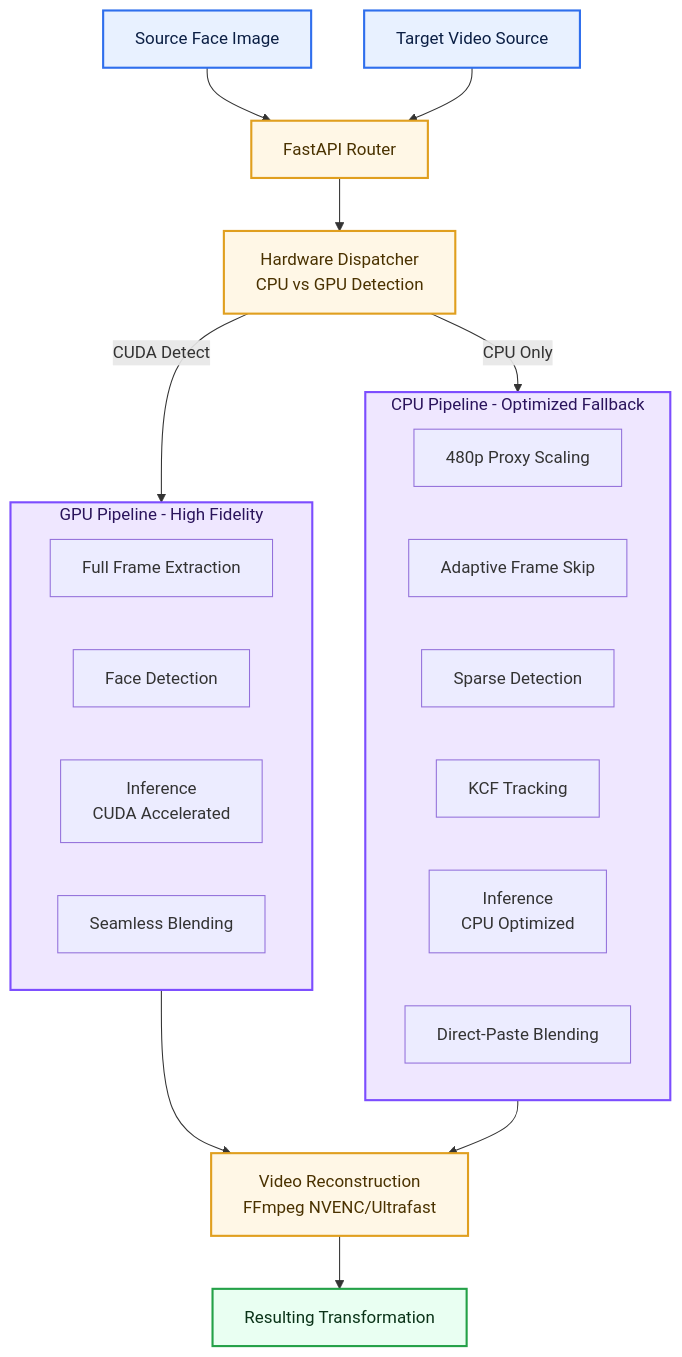
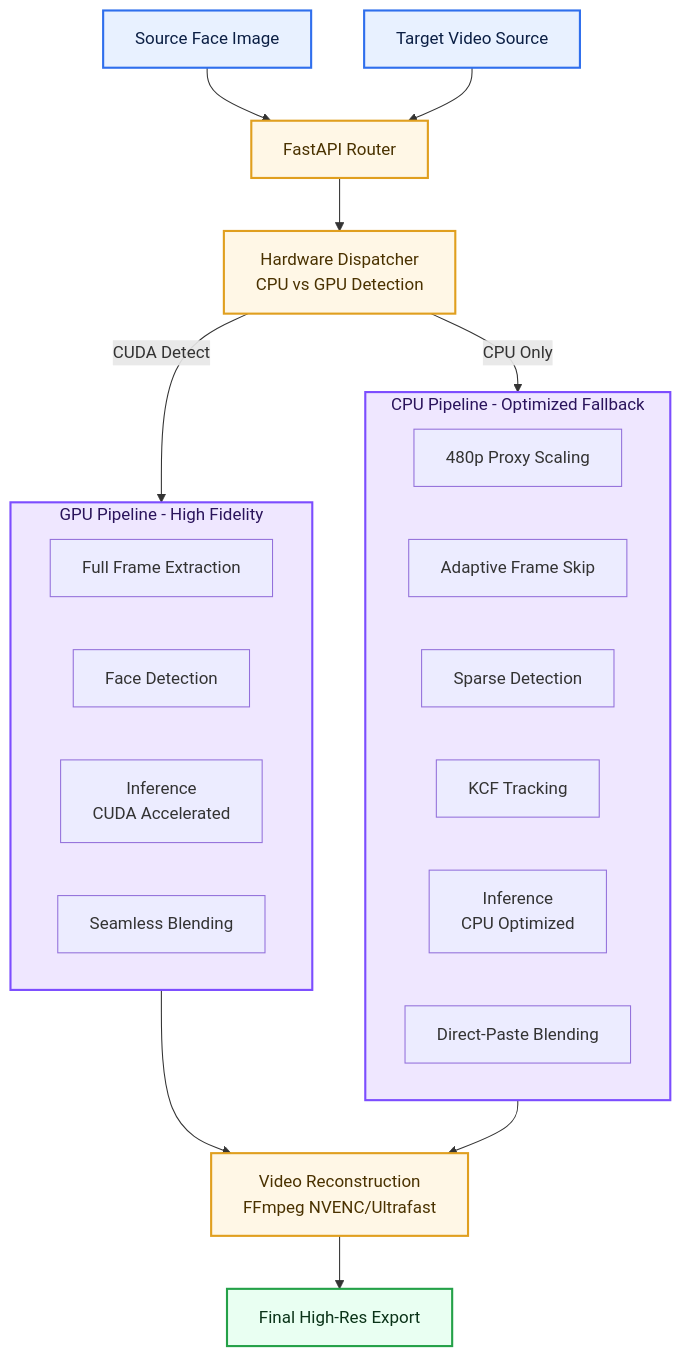
One commit to himanshu-jadhav108/PersonaForge-AI changed the diagram in README.md. Above: the diagram before and after it, drawn with Mermaid. The commit also changed other lines of this file, not shown here.

````diff
--- a/README.md
+++ b/README.md
@@ -46,45 +64,45 @@
 ```mermaid
 flowchart TD
     U1[Source Face Image]
     U2[Target Video Source]
     API[FastAPI Router]
     DET[Hardware Dispatcher<br/>CPU vs GPU Detection]
     
     subgraph GPU_Path [GPU Pipeline - High Fidelity]
         FE_G[Full Frame Extraction]
         FD_G[Face Detection]
         SW_G[Inference<br/>CUDA Accelerated]
         BL_G[Seamless Blending]
     end
     
     subgraph CPU_Path [CPU Pipeline - Optimized Fallback]
         RS_C[480p Proxy Scaling]
         SK_C[Adaptive Frame Skip]
         FD_C[Sparse Detection]
         TR_C[KCF Tracking]
         SW_C[Inference<br/>CPU Optimized]
         BL_C[Direct-Paste Blending]
     end
     
     ENC[Video Reconstruction<br/>FFmpeg NVENC/Ultrafast]
-    OUT[Resulting Transformation]
+    OUT[Final High-Res Export]
 
     U1 --> API
     U2 --> API
     API --> DET
     DET -- "CUDA Detect" --> GPU_Path
     DET -- "CPU Only" --> CPU_Path
     GPU_Path --> ENC
     CPU_Path --> ENC
     ENC --> OUT
 
     classDef input fill:#E8F1FF,stroke:#2F6FED,stroke-width:2px,color:#0B1F44;
     classDef process fill:#FFF7E6,stroke:#E09F1F,stroke-width:2px,color:#4A3200;
     classDef ai fill:#EFE7FF,stroke:#7C4DFF,stroke-width:2px,color:#2B145C;
     classDef output fill:#E9FFF2,stroke:#24A148,stroke-width:2px,color:#0A3318;
 
     class U1,U2 input;
     class API,DET,ENC process;
     class GPU_Path,CPU_Path ai;
     class OUT output;
 ```
````
